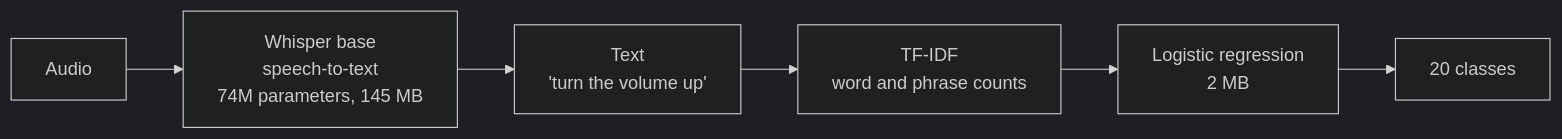
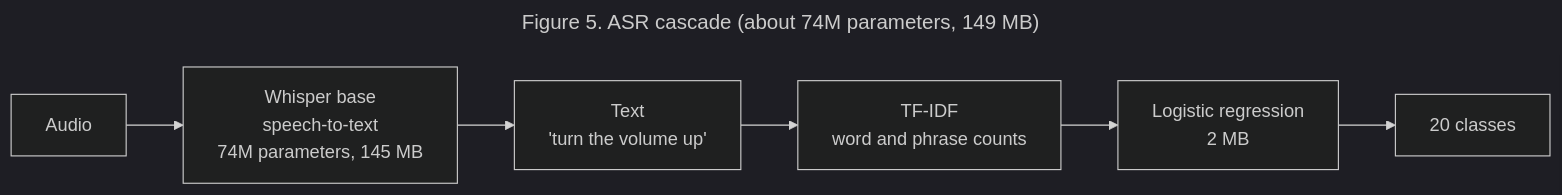
One commit to quielq/quielq-vcm changed the fourth of 4 diagrams in docs/MODEL.md. Above: the diagram before and after it, drawn with Mermaid (dark theme). The commit also changed other lines of this file, not shown here.

Commit message:
MODEL.md: figure titles and short summaries for each diagram

````diff
--- a/docs/MODEL.md
+++ b/docs/MODEL.md
@@ -216,8 +250,11 @@
 ```mermaid
+---
+title: Figure 5. ASR cascade (about 74M parameters, 149 MB)
+---
 flowchart LR
     AU["Audio"] --> W["Whisper base<br/>speech-to-text<br/>74M parameters, 145 MB"]
     W --> T["Text<br/>'turn the volume up'"]
     T --> TF["TF-IDF<br/>word and phrase counts"]
     TF --> LOG["Logistic regression<br/>2 MB"]
     LOG --> O["20 classes"]
 ```
````
